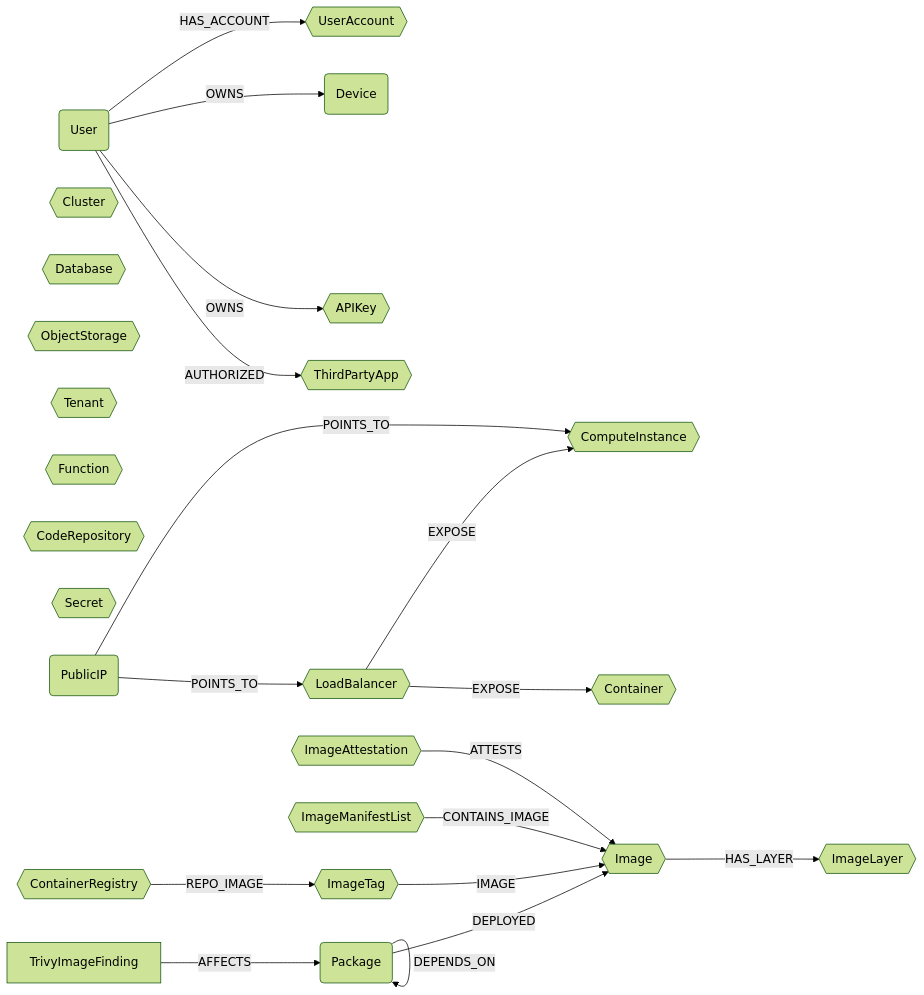
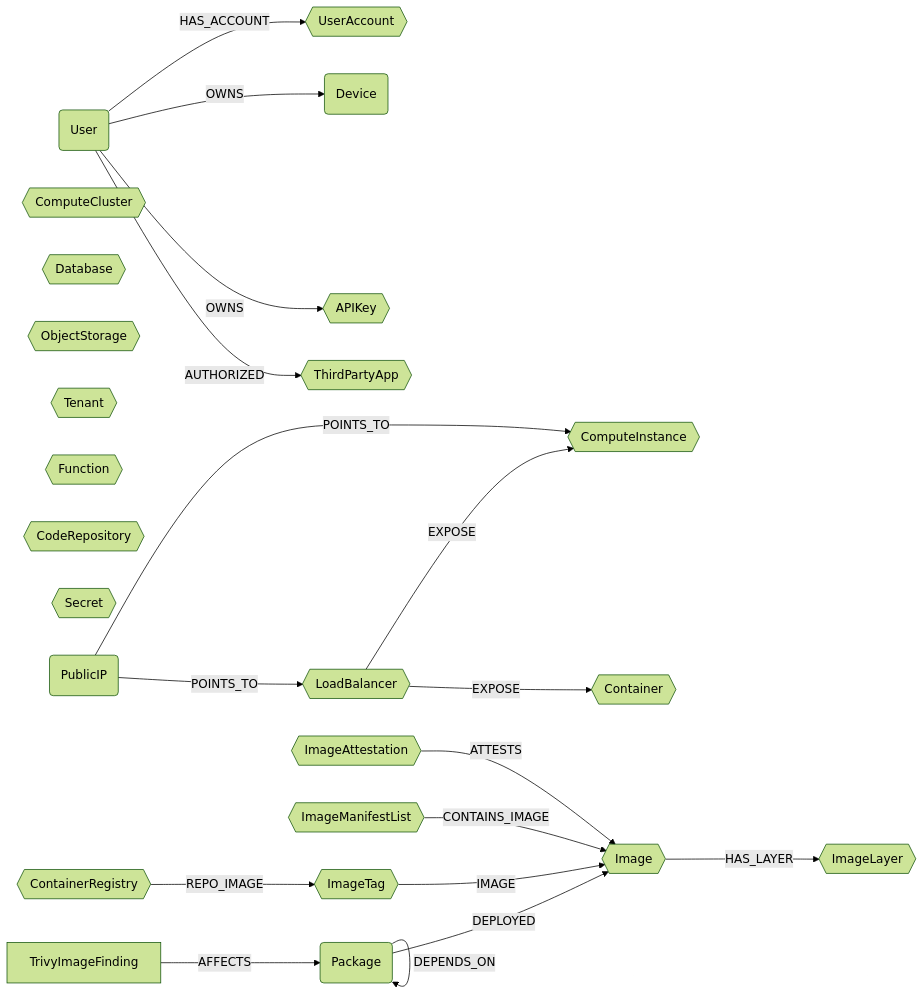
Before and after one commit to cartography-cncf/cartography: the diagram in docs/root/modules/ontology/schema.md, drawn with Mermaid (forest theme). The commit also changed other lines of this file and 12 other files, not shown here.

First line of the commit message:
refactor(ontology): rename Cluster semantic label to ComputeCluster

````diff
--- a/docs/root/modules/ontology/schema.md
+++ b/docs/root/modules/ontology/schema.md
@@ -6,27 +6,27 @@
 ```mermaid
 graph LR
 
 U(User) -- HAS_ACCOUNT --> UA{{UserAccount}}
 U -- OWNS --> CC(Device)
 U -- OWNS --> AK{{APIKey}}
 U -- AUTHORIZED --> OA{{ThirdPartyApp}}
 LB{{LoadBalancer}} -- EXPOSE --> CI{{ComputeInstance}}
 LB{{LoadBalancer}} -- EXPOSE --> CT{{Container}}
-CL{{Cluster}}
+CL{{ComputeCluster}}
 DB{{Database}}
 OS{{ObjectStorage}}
 TN{{Tenant}}
 FN{{Function}}
 REPO{{CodeRepository}}
 SC{{Secret}}
 PIP(PublicIP) -- POINTS_TO --> LB
 PIP -- POINTS_TO --> CI
 PKG(Package) -- DEPLOYED --> IM{{Image}}
 PKG -- DEPENDS_ON --> PKG
 F[TrivyImageFinding] -- AFFECTS --> PKG
 CR{{ContainerRegistry}} -- REPO_IMAGE --> IT{{ImageTag}}
 IT -- IMAGE --> IM
 IML{{ImageManifestList}} -- CONTAINS_IMAGE --> IM
 IA{{ImageAttestation}} -- ATTESTS --> IM
 IM -- HAS_LAYER --> IL{{ImageLayer}}
 ```
````
